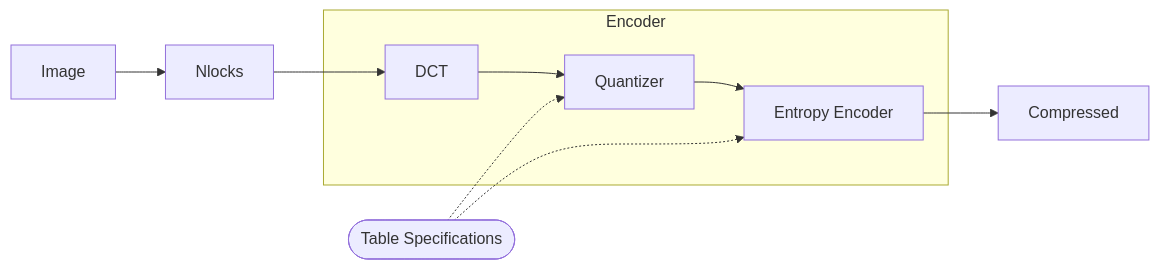
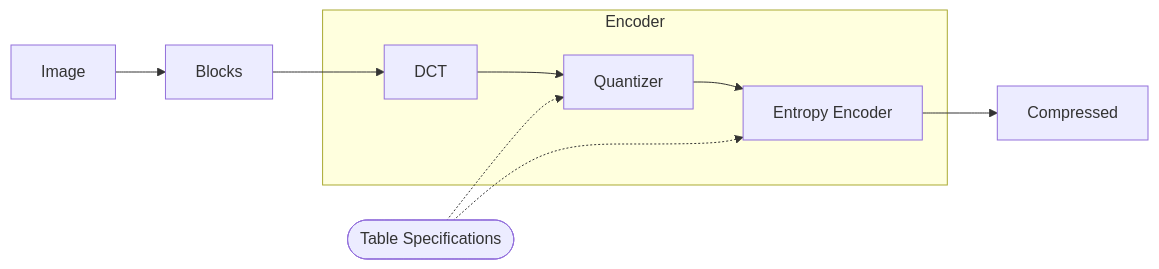
One commit to YDX-2147483647/information-theory changed the first of 2 diagrams in jpeg/ReadMe.md. Above: the diagram before and after it, drawn with Mermaid.

Commit message:
[jpeg] Fix a typo

````diff
--- a/jpeg/ReadMe.md
+++ b/jpeg/ReadMe.md
@@ -14,13 +14,13 @@
 ```mermaid
 flowchart LR
-    Image --> Nlocks --> DCT
+    Image --> Blocks --> DCT
 
     subgraph Encoder
         DCT --> Quantizer --> entropy["Entropy Encoder"]
     end
     
     table(["Table Specifications"]) -.-> Quantizer
     table -.-> entropy
 
     entropy --> Compressed
 ```
````
